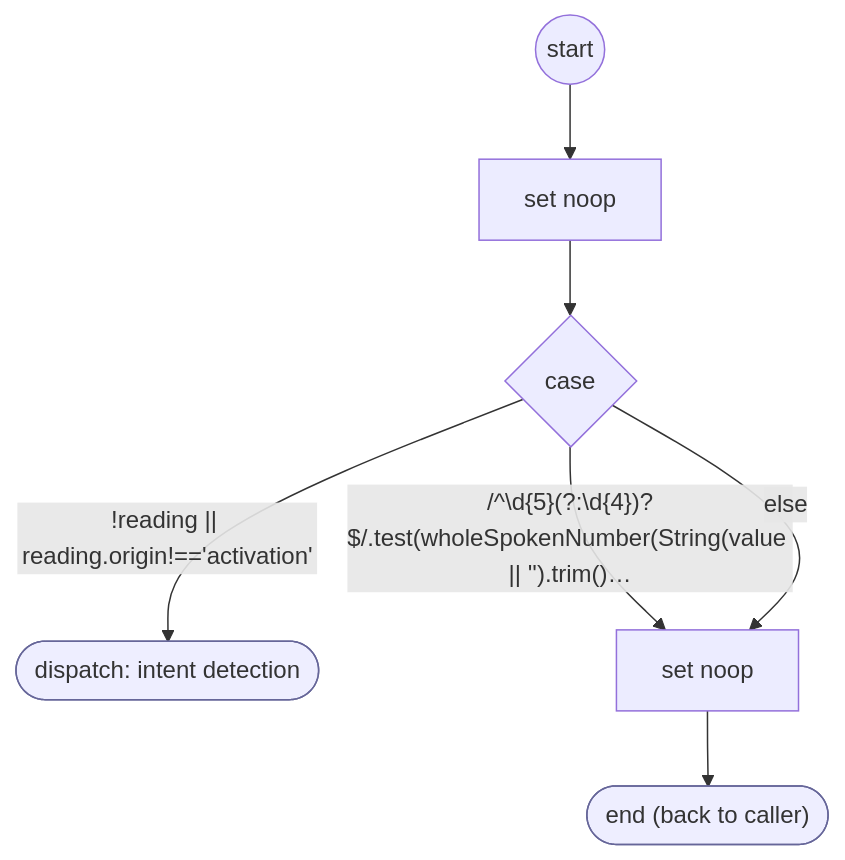
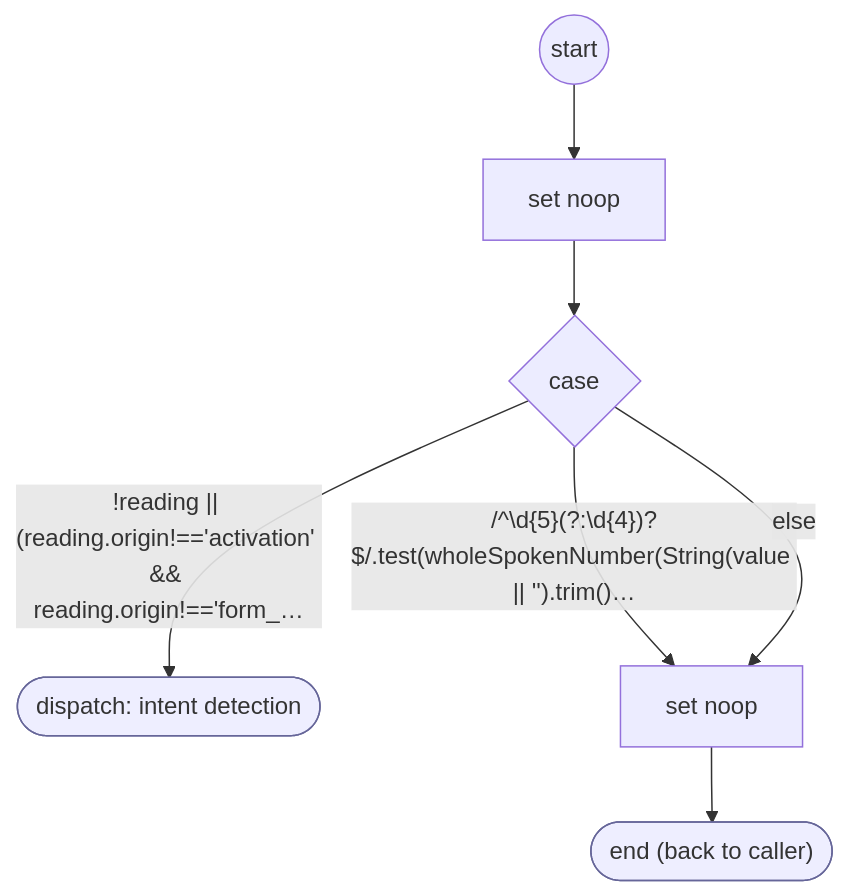
One commit to ronpinkas/jsfe changed the diagram in docs/flows/shopify/shopify-ql-product-city-validate.md. Above: the diagram before and after it, drawn with Mermaid. The commit also changed 6 other files, not shown here.

````diff
--- a/docs/flows/shopify/shopify-ql-product-city-validate.md
+++ b/docs/flows/shopify/shopify-ql-product-city-validate.md
@@ -18,21 +18,21 @@
 ```mermaid
 flowchart TD
    START(("start"))
    n0["set noop"]
    START --> n0
    c1{"case"}
    n0 --> c1
    b2(["dispatch: intent detection"])
    class b2 endstep
-   c1 -- "!reading #124;#124; reading.origin!=='activation'" --> b2
+   c1 -- "!reading #124;#124; (reading.origin!=='activation' && reading.origin!=='form_…" --> b2
    n3["set noop"]
    c1 -- "/^\d#123;5#125;(?:\d#123;4#125;)?$/.test(wholeSpokenNumber(String(value #124;#124; '').trim()…" --> n3
    c1 -- "else" --> n3
    DONE(["end (back to caller)"])
    class DONE endstep
    n3 --> DONE
    classDef endstep fill:#eef,stroke:#669
    classDef toolstep fill:#efe,stroke:#696
    classDef flowstep fill:#fef6e0,stroke:#b80
    classDef inputstep fill:#f3eefc,stroke:#75a
 ```
````
